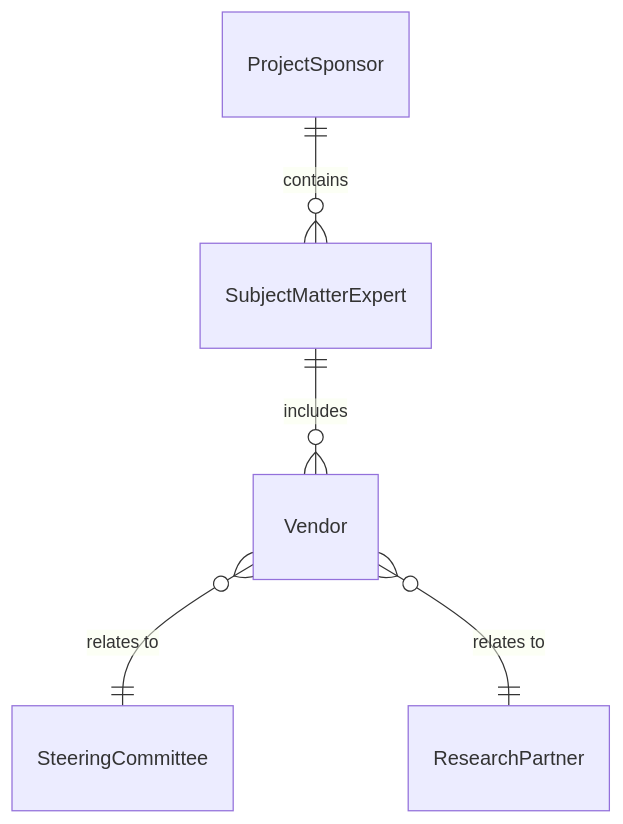
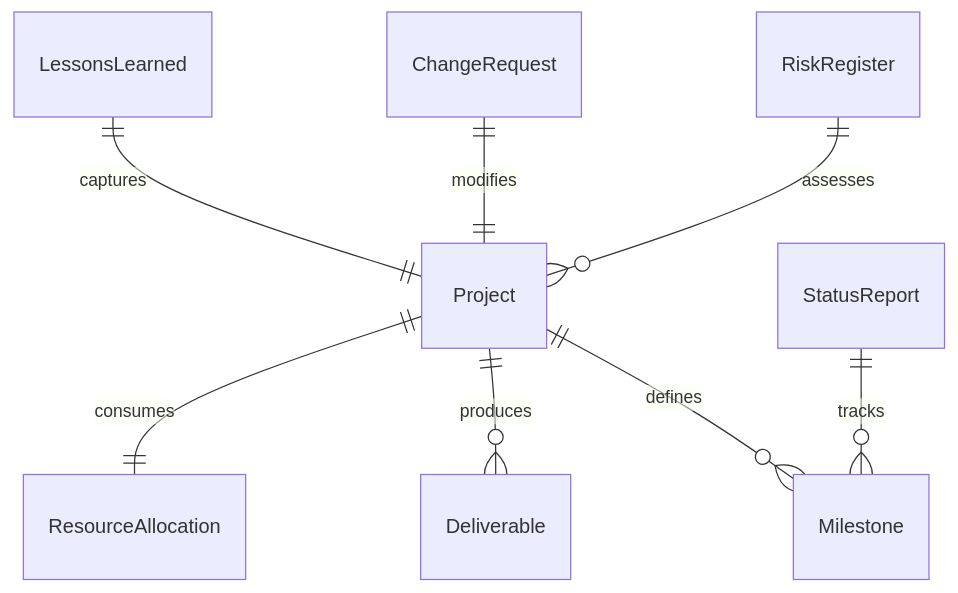
The first of 4 diagrams in GuidingDirectingAndMotivatingSubordinates/DirectOrganizationalOperationsActivitiesOrProcedures/ManageOperationsResearchLogisticsProjects.mdx (dot-org-ai/tasks.org.ai), drawn with Mermaid before and after one commit. The commit also changed other lines of this file and 515 other files, not shown here.

````diff
--- a/GuidingDirectingAndMotivatingSubordinates/DirectOrganizationalOperationsActivitiesOrProcedures/ManageOperationsResearchLogisticsProjects.mdx
+++ b/GuidingDirectingAndMotivatingSubordinates/DirectOrganizationalOperationsActivitiesOrProcedures/ManageOperationsResearchLogisticsProjects.mdx
@@ -93,7 +93,10 @@
 ```mermaid
 erDiagram
-    ProjectSponsor ||--o{ SubjectMatterExpert : contains
-    SubjectMatterExpert ||--o{ Vendor : includes
-    Vendor }o--|| SteeringCommittee : "relates to"
-    Vendor }o--|| ResearchPartner : "relates to"
+    Project ||--o{ Milestone : "defines"
+    Project ||--o{ Deliverable : "produces"
+    Project ||--|| ResourceAllocation : "consumes"
+    RiskRegister ||--o{ Project : "assesses"
+    StatusReport ||--o{ Milestone : "tracks"
+    ChangeRequest ||--|| Project : "modifies"
+    LessonsLearned ||--|| Project : "captures"
 ```
````
